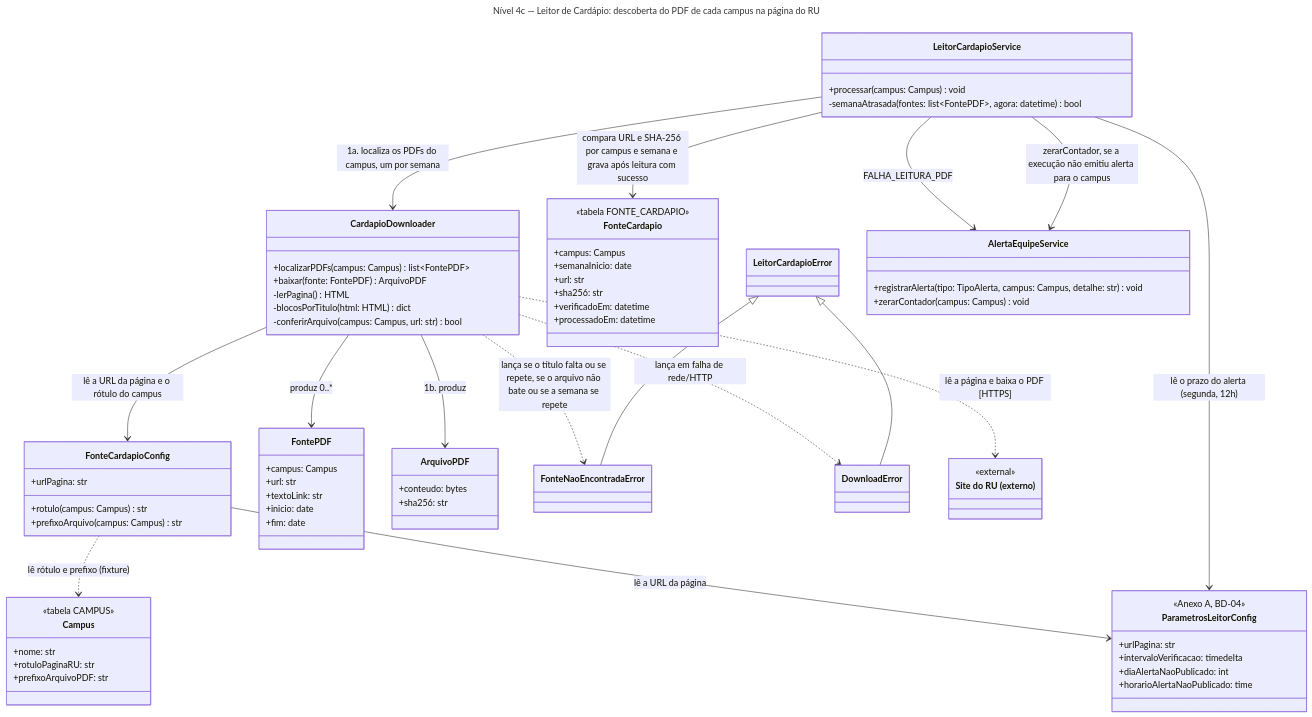
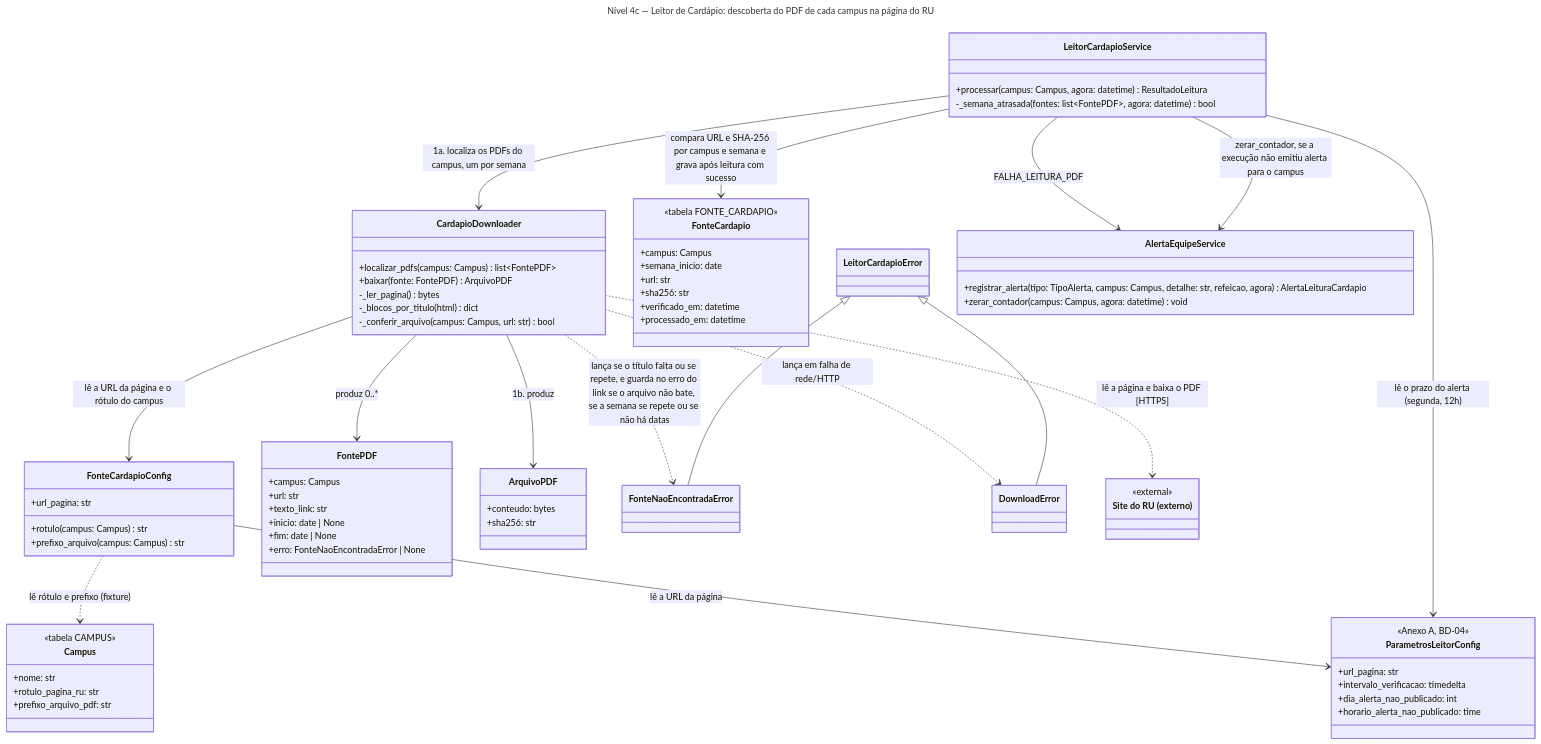
Before and after one commit to unb-mds/2026-2-Bandejao-UnB: the third of 3 diagrams in docs/arquitetura/backend/c4-nivel-4-leitor-cardapio.md, drawn with Mermaid. The commit also changed other lines of this file and 5 other files, not shown here.

````diff
--- a/docs/arquitetura/backend/c4-nivel-4-leitor-cardapio.md
+++ b/docs/arquitetura/backend/c4-nivel-4-leitor-cardapio.md
@@ -281,81 +335,82 @@
 ```mermaid
 ---
 title: "Nível 4c — Leitor de Cardápio: descoberta do PDF de cada campus na página do RU"
 ---
 classDiagram
   class LeitorCardapioService {
-    +processar(campus: Campus) void
-    -semanaAtrasada(fontes: list~FontePDF~, agora: datetime) bool
+    +processar(campus: Campus, agora: datetime) ResultadoLeitura
+    -_semana_atrasada(fontes: list~FontePDF~, agora: datetime) bool
   }
   class CardapioDownloader {
-    +localizarPDFs(campus: Campus) list~FontePDF~
+    +localizar_pdfs(campus: Campus) list~FontePDF~
     +baixar(fonte: FontePDF) ArquivoPDF
-    -lerPagina() HTML
-    -blocosPorTitulo(html: HTML) dict
-    -conferirArquivo(campus: Campus, url: str) bool
+    -_ler_pagina() bytes
+    -_blocos_por_titulo(html) dict
+    -_conferir_arquivo(campus: Campus, url: str) bool
   }
   class FonteCardapioConfig {
-    +urlPagina: str
+    +url_pagina: str
     +rotulo(campus: Campus) str
-    +prefixoArquivo(campus: Campus) str
+    +prefixo_arquivo(campus: Campus) str
   }
   class ParametrosLeitorConfig {
     <<Anexo A, BD-04>>
-    +urlPagina: str
-    +intervaloVerificacao: timedelta
-    +diaAlertaNaoPublicado: int
-    +horarioAlertaNaoPublicado: time
+    +url_pagina: str
+    +intervalo_verificacao: timedelta
+    +dia_alerta_nao_publicado: int
+    +horario_alerta_nao_publicado: time
   }
   class Campus {
     <<tabela CAMPUS>>
     +nome: str
-    +rotuloPaginaRU: str
-    +prefixoArquivoPDF: str
+    +rotulo_pagina_ru: str
+    +prefixo_arquivo_pdf: str
   }
   class FontePDF {
     +campus: Campus
     +url: str
-    +textoLink: str
-    +inicio: date
-    +fim: date
+    +texto_link: str
+    +inicio: date | None
+    +fim: date | None
+    +erro: FonteNaoEncontradaError | None
   }
   class ArquivoPDF {
     +conteudo: bytes
     +sha256: str
   }
   class FonteCardapio {
     <<tabela FONTE_CARDAPIO>>
     +campus: Campus
-    +semanaInicio: date
+    +semana_inicio: date
     +url: str
     +sha256: str
-    +verificadoEm: datetime
-    +processadoEm: datetime
+    +verificado_em: datetime
+    +processado_em: datetime
   }
   class LeitorCardapioError
   class FonteNaoEncontradaError
   class DownloadError
   class AlertaEquipeService {
-    +registrarAlerta(tipo: TipoAlerta, campus: Campus, detalhe: str) void
-    +zerarContador(campus: Campus) void
+    +registrar_alerta(tipo: TipoAlerta, campus: Campus, detalhe: str, refeicao, agora) AlertaLeituraCardapio
+    +zerar_contador(campus: Campus, agora: datetime) void
   }
   class SiteRU["Site do RU (externo)"] {
     <<external>>
   }
 
   LeitorCardapioService --> CardapioDownloader : 1a. localiza os PDFs do campus, um por semana
   CardapioDownloader --> FonteCardapioConfig : lê a URL da página e o rótulo do campus
   FonteCardapioConfig ..> Campus : lê rótulo e prefixo (fixture)
   FonteCardapioConfig --> ParametrosLeitorConfig : lê a URL da página
   LeitorCardapioService --> ParametrosLeitorConfig : lê o prazo do alerta (segunda, 12h)
   CardapioDownloader ..> SiteRU : lê a página e baixa o PDF [HTTPS]
   CardapioDownloader --> FontePDF : produz 0..*
   CardapioDownloader --> ArquivoPDF : 1b. produz
   LeitorCardapioService --> FonteCardapio : compara URL e SHA-256 por campus e semana e grava após leitura com sucesso
   LeitorCardapioService --> AlertaEquipeService : FALHA_LEITURA_PDF
-  LeitorCardapioService --> AlertaEquipeService : zerarContador, se a execução não emitiu alerta para o campus
-  CardapioDownloader ..> FonteNaoEncontradaError : lança se o título falta ou se repete, se o arquivo não bate ou se a semana se repete
+  LeitorCardapioService --> AlertaEquipeService : zerar_contador, se a execução não emitiu alerta para o campus
+  CardapioDownloader ..> FonteNaoEncontradaError : lança se o título falta ou se repete, e guarda no erro do link se o arquivo não bate, se a semana se repete ou se não há datas
   CardapioDownloader ..> DownloadError : lança em falha de rede/HTTP
   LeitorCardapioError <|-- FonteNaoEncontradaError
   LeitorCardapioError <|-- DownloadError
 ```
````
